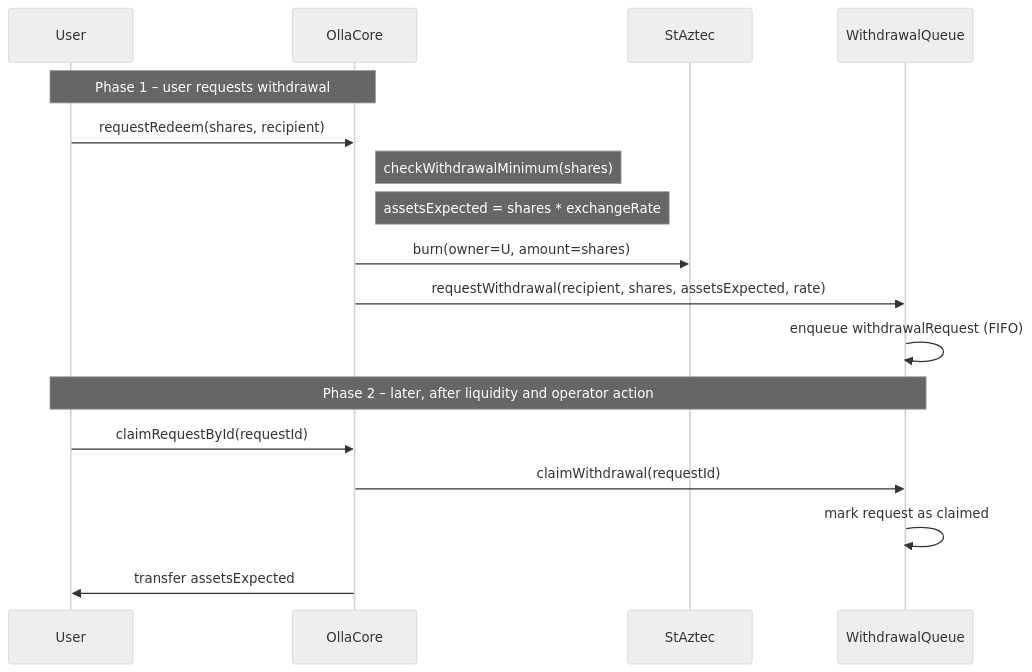
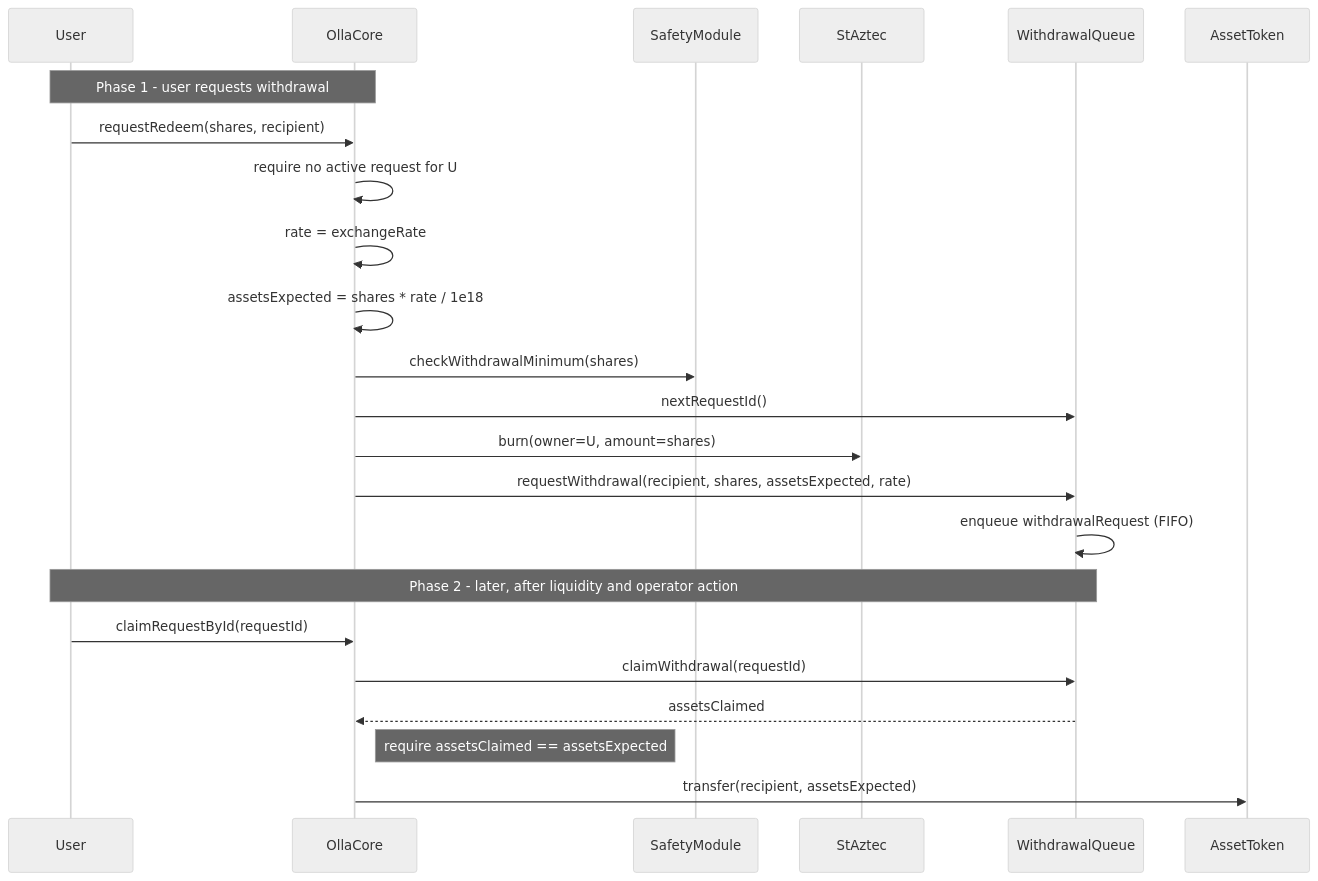
The third of 6 diagrams in mermaid-diagrams.md (ollafinance/core), drawn with Mermaid (neutral theme) before and after one commit. The commit also changed other lines of this file, not shown here.

````diff
--- a/mermaid-diagrams.md
+++ b/mermaid-diagrams.md
@@ -129,23 +139,29 @@
 ```mermaid
 sequenceDiagram
     participant U as User
     participant C as OllaCore
+    participant SAF as SafetyModule
     participant ST as StAztec
     participant WQ as WithdrawalQueue
+    participant AZ as AssetToken
 
-    Note over U,C: Phase 1 – user requests withdrawal
+    Note over U,C: Phase 1 - user requests withdrawal
 
     U->>C: requestRedeem(shares, recipient)
-    Note right of C: checkWithdrawalMinimum(shares)
-    Note right of C: assetsExpected = shares * exchangeRate
+    C->>C: require no active request for U
+    C->>C: rate = exchangeRate
+    C->>C: assetsExpected = shares * rate / 1e18
+    C->>SAF: checkWithdrawalMinimum(shares)
+    C->>WQ: nextRequestId()
     C->>ST: burn(owner=U, amount=shares)
     C->>WQ: requestWithdrawal(recipient, shares, assetsExpected, rate)
     WQ->>WQ: enqueue withdrawalRequest (FIFO)
 
-    Note over U,WQ: Phase 2 – later, after liquidity and operator action
+    Note over U,WQ: Phase 2 - later, after liquidity and operator action
 
     U->>C: claimRequestById(requestId)
     C->>WQ: claimWithdrawal(requestId)
-    WQ->>WQ: mark request as claimed
-    C->>U: transfer assetsExpected
+    WQ-->>C: assetsClaimed
+    Note right of C: require assetsClaimed == assetsExpected
+    C->>AZ: transfer(recipient, assetsExpected)
 ```
````
